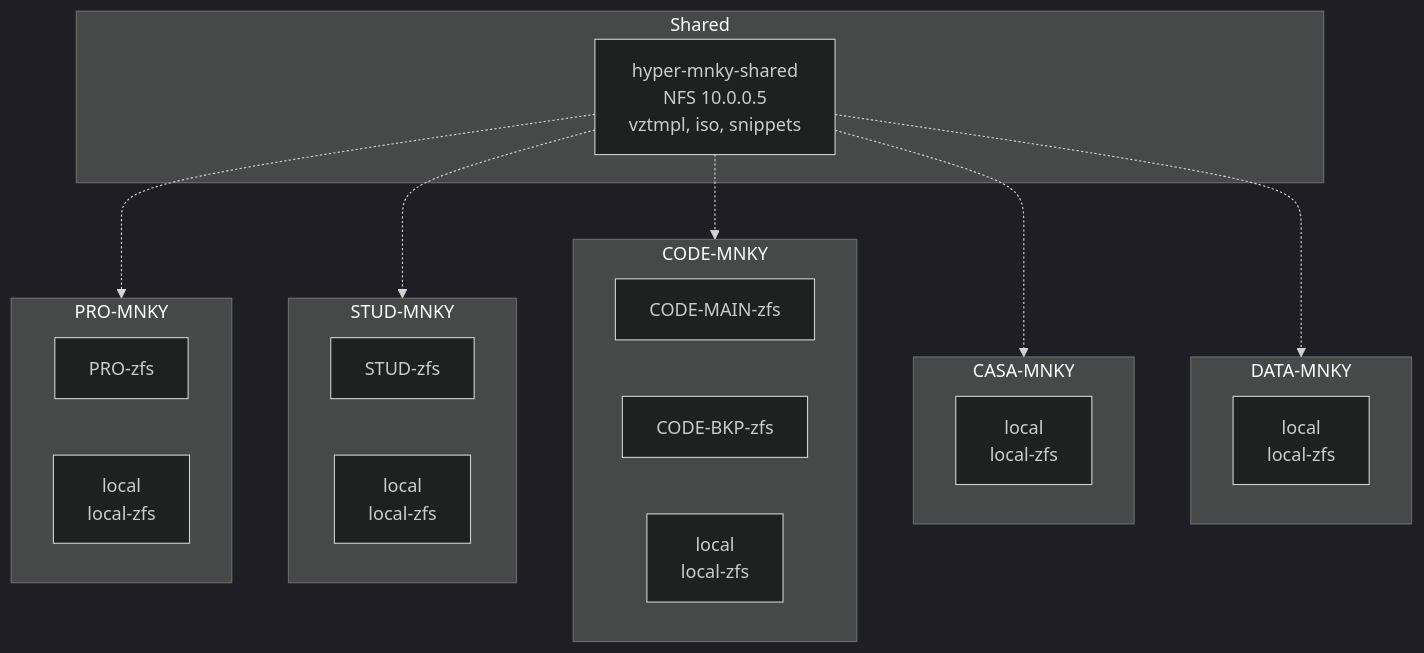
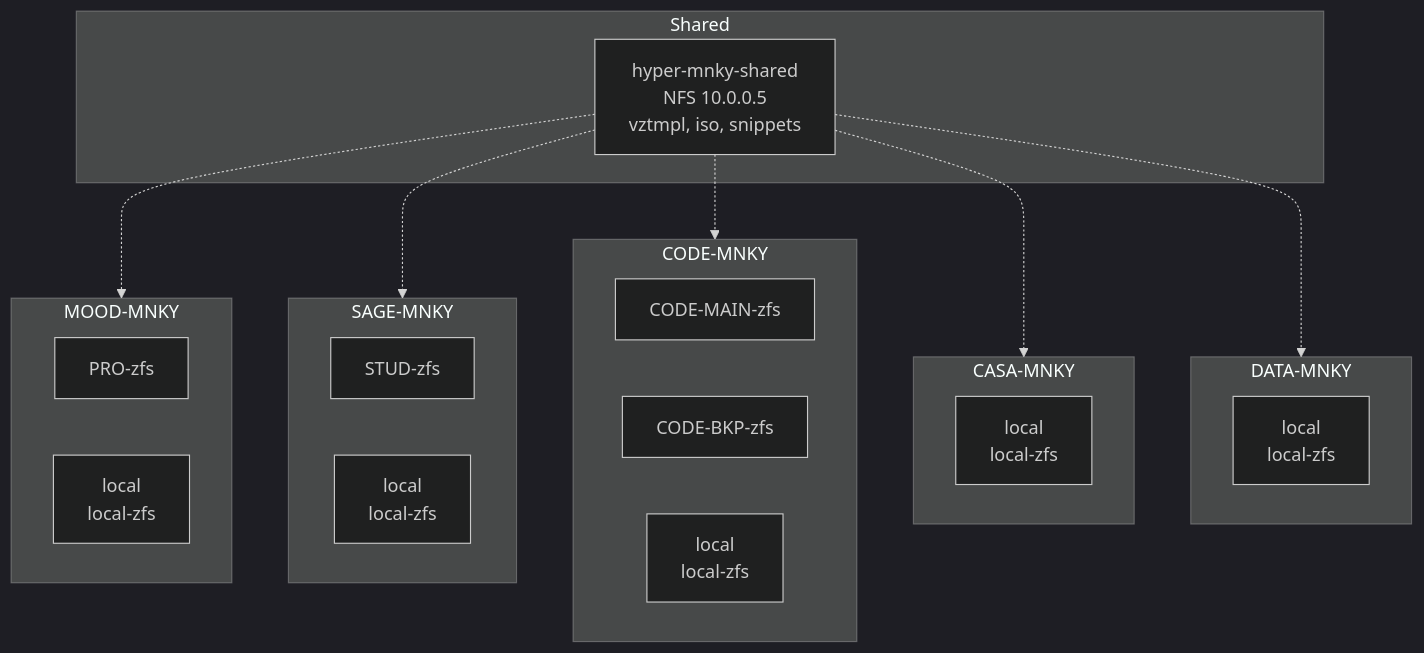
Before and after one commit to MOODMNKY-LLC/mood-mnky-command: the second of 2 diagrams in MOOD-MNKY-CLUSTER-SYSTEM-DESIGN.md, drawn with Mermaid (dark theme). The commit also changed other lines of this file and 12 other files, not shown here.

First line of the commit message:
docs: rename STUD-MNKY to SAGE-MNKY, PRO-MNKY to MOOD-MNKY across data center docs

````diff
--- a/MOOD-MNKY-CLUSTER-SYSTEM-DESIGN.md
+++ b/MOOD-MNKY-CLUSTER-SYSTEM-DESIGN.md
@@ -44,30 +44,30 @@
 ```mermaid
 flowchart TB
   subgraph shared [Shared]
     NFS["hyper-mnky-shared\nNFS 10.0.0.5\nvztmpl, iso, snippets"]
   end
-  subgraph PRO [PRO-MNKY]
+  subgraph PRO [MOOD-MNKY]
     PROzfs["PRO-zfs"]
     PROlocal["local\nlocal-zfs"]
   end
-  subgraph STUD [STUD-MNKY]
+  subgraph STUD [SAGE-MNKY]
     STUDzfs["STUD-zfs"]
     STUDlocal["local\nlocal-zfs"]
   end
   subgraph CODE [CODE-MNKY]
     CODEmain["CODE-MAIN-zfs"]
     CODEbkp["CODE-BKP-zfs"]
     CODElocal["local\nlocal-zfs"]
   end
   subgraph CASA [CASA-MNKY]
     CASAlocal["local\nlocal-zfs"]
   end
   subgraph DATA [DATA-MNKY]
     DATAlocal["local\nlocal-zfs"]
   end
   NFS -.-> PRO
   NFS -.-> STUD
   NFS -.-> CODE
   NFS -.-> CASA
   NFS -.-> DATA
 ```
````
